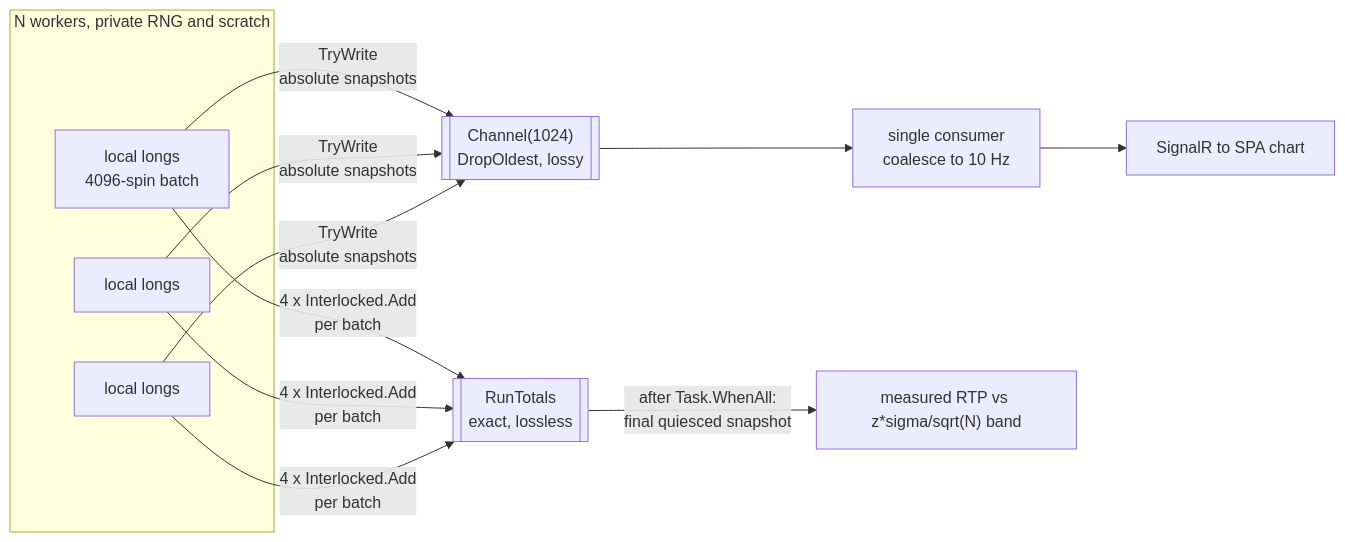
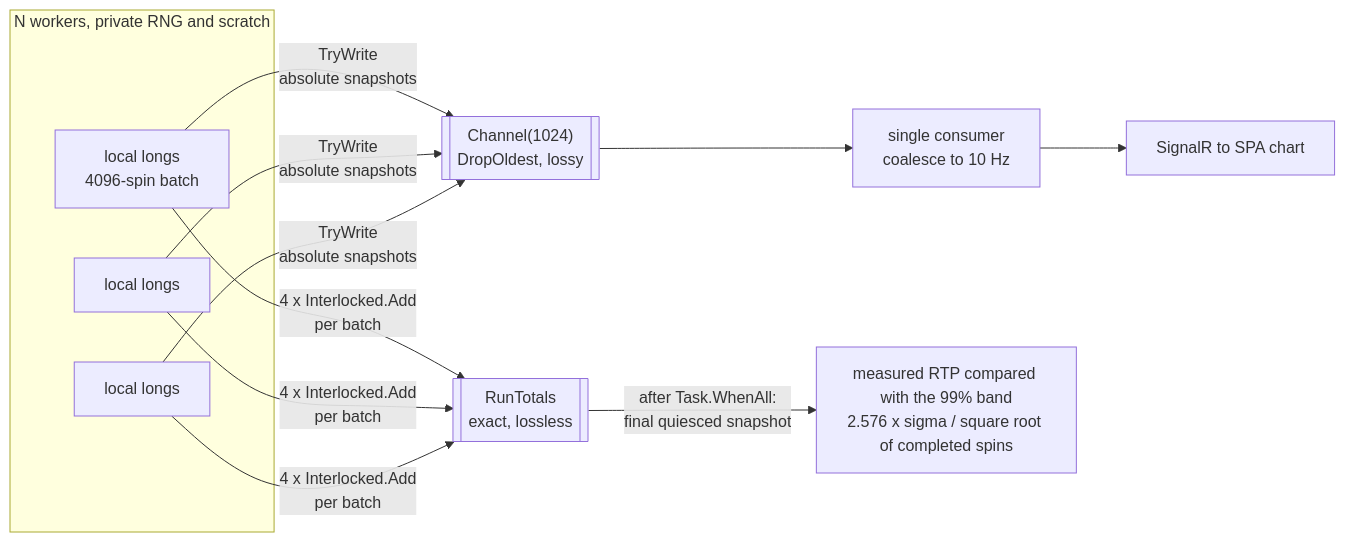
One commit to mmpworks/MMP.SlotDemo changed the diagram in docs/articles/06-simulation-engine.md. Above: the diagram before and after it, drawn with Mermaid. The commit also changed other lines of this file and 2 other files, not shown here.

Commit message:
Explain chapter six confidence band inputs

````diff
--- a/docs/articles/06-simulation-engine.md
+++ b/docs/articles/06-simulation-engine.md
@@ -213,13 +213,13 @@
 ```mermaid
 flowchart LR
     subgraph workers["N workers, private RNG and scratch"]
         B0["local longs<br/>4096-spin batch"]
         B1["local longs"]
         BN["local longs"]
     end
     B0 & B1 & BN -->|"4 x Interlocked.Add<br/>per batch"| RT[["RunTotals<br/>exact, lossless"]]
     B0 & B1 & BN -->|"TryWrite<br/>absolute snapshots"| CH[["Channel(1024)<br/>DropOldest, lossy"]]
     CH --> PUMP["single consumer<br/>coalesce to 10 Hz"]
     PUMP --> HUB["SignalR to SPA chart"]
-    RT -->|"after Task.WhenAll:<br/>final quiesced snapshot"| VERDICT["measured RTP vs z*sigma/sqrt(N) band"]
+    RT -->|"after Task.WhenAll:<br/>final quiesced snapshot"| VERDICT["measured RTP compared with the 99% band<br/>2.576 x sigma / square root of completed spins"]
 ```
````
